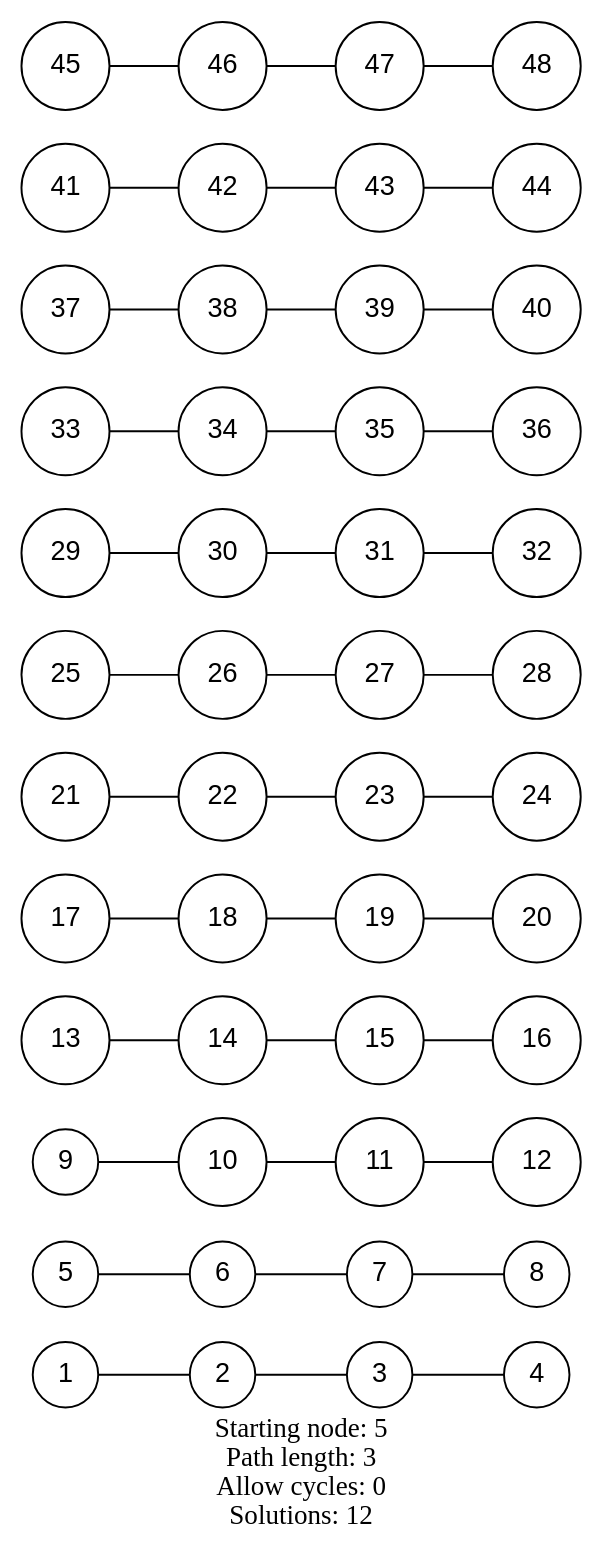
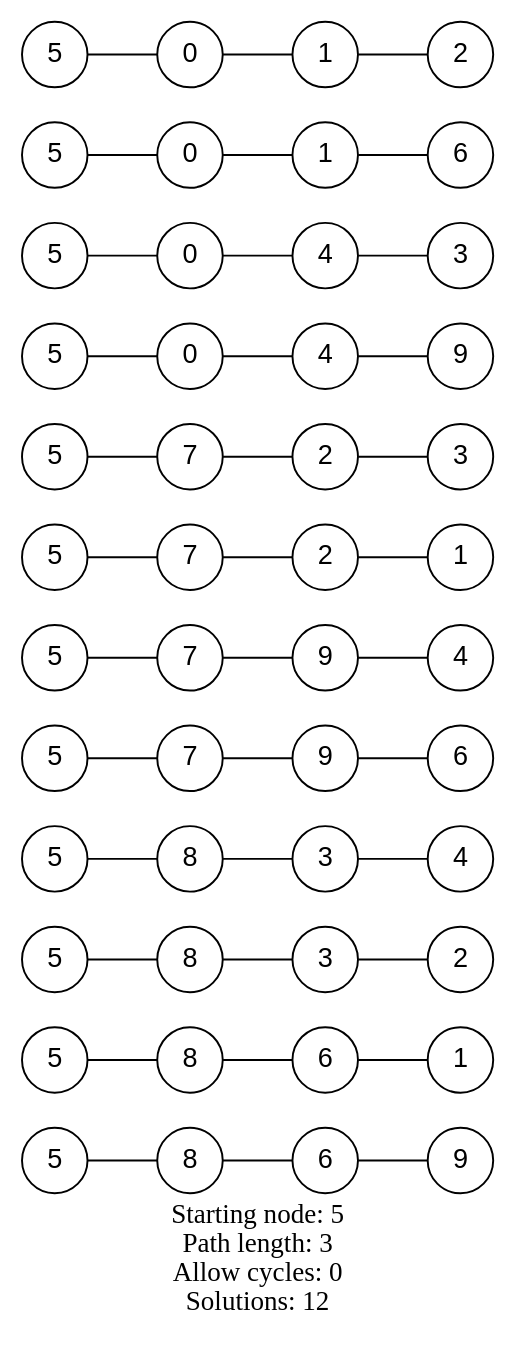
Before and after one commit to graphviz-perl/GraphViz2-Marpa-PathUtils: the diagram in data/02.fixed.paths.out.gv, drawn with Graphviz. The commit also changed 3 other files, not shown here.

```diff
--- a/data/02.fixed.paths.out.gv
+++ b/data/02.fixed.paths.out.gv
@@ -1,65 +1,65 @@
 graph Petersen
 {
 	graph [label = "Starting node: 5\nPath length: 3\nAllow cycles: 0\nSolutions: 12" rankdir = LR]
 
-	"1" [color = "black" fontname = "Arial" height = "0.400000" label = "\N" name = "1" shape = "circle" width = "0.400000"]
-	"2" [color = "black" fontname = "Arial" height = "0.400000" label = "\N" name = "2" shape = "circle" width = "0.400000"]
-	"3" [color = "black" fontname = "Arial" height = "0.400000" label = "\N" name = "3" shape = "circle" width = "0.400000"]
-	"4" [color = "black" fontname = "Arial" height = "0.400000" label = "\N" name = "4" shape = "circle" width = "0.400000"]
-	"5" [color = "black" fontname = "Arial" height = "0.400000" label = "\N" name = "5" shape = "circle" width = "0.400000"]
-	"6" [color = "black" fontname = "Arial" height = "0.400000" label = "\N" name = "6" shape = "circle" width = "0.400000"]
-	"7" [color = "black" fontname = "Arial" height = "0.400000" label = "\N" name = "7" shape = "circle" width = "0.400000"]
-	"8" [color = "black" fontname = "Arial" height = "0.400000" label = "\N" name = "8" shape = "circle" width = "0.400000"]
-	"9" [color = "black" fontname = "Arial" height = "0.400000" label = "\N" name = "9" shape = "circle" width = "0.400000"]
-	"10" [color = "black" fontname = "Arial" height = "0.400000" label = "\N" name = "10" shape = "circle" width = "0.400000"]
-	"11" [color = "black" fontname = "Arial" height = "0.400000" label = "\N" name = "11" shape = "circle" width = "0.400000"]
-	"12" [color = "black" fontname = "Arial" height = "0.400000" label = "\N" name = "12" shape = "circle" width = "0.400000"]
-	"13" [color = "black" fontname = "Arial" height = "0.400000" label = "\N" name = "13" shape = "circle" width = "0.400000"]
-	"14" [color = "black" fontname = "Arial" height = "0.400000" label = "\N" name = "14" shape = "circle" width = "0.400000"]
-	"15" [color = "black" fontname = "Arial" height = "0.400000" label = "\N" name = "15" shape = "circle" width = "0.400000"]
-	"16" [color = "black" fontname = "Arial" height = "0.400000" label = "\N" name = "16" shape = "circle" width = "0.400000"]
-	"17" [color = "black" fontname = "Arial" height = "0.400000" label = "\N" name = "17" shape = "circle" width = "0.400000"]
-	"18" [color = "black" fontname = "Arial" height = "0.400000" label = "\N" name = "18" shape = "circle" width = "0.400000"]
-	"19" [color = "black" fontname = "Arial" height = "0.400000" label = "\N" name = "19" shape = "circle" width = "0.400000"]
-	"20" [color = "black" fontname = "Arial" height = "0.400000" label = "\N" name = "20" shape = "circle" width = "0.400000"]
-	"21" [color = "black" fontname = "Arial" height = "0.400000" label = "\N" name = "21" shape = "circle" width = "0.400000"]
-	"22" [color = "black" fontname = "Arial" height = "0.400000" label = "\N" name = "22" shape = "circle" width = "0.400000"]
-	"23" [color = "black" fontname = "Arial" height = "0.400000" label = "\N" name = "23" shape = "circle" width = "0.400000"]
-	"24" [color = "black" fontname = "Arial" height = "0.400000" label = "\N" name = "24" shape = "circle" width = "0.400000"]
-	"25" [color = "black" fontname = "Arial" height = "0.400000" label = "\N" name = "25" shape = "circle" width = "0.400000"]
-	"26" [color = "black" fontname = "Arial" height = "0.400000" label = "\N" name = "26" shape = "circle" width = "0.400000"]
-	"27" [color = "black" fontname = "Arial" height = "0.400000" label = "\N" name = "27" shape = "circle" width = "0.400000"]
-	"28" [color = "black" fontname = "Arial" height = "0.400000" label = "\N" name = "28" shape = "circle" width = "0.400000"]
-	"29" [color = "black" fontname = "Arial" height = "0.400000" label = "\N" name = "29" shape = "circle" width = "0.400000"]
-	"30" [color = "black" fontname = "Arial" height = "0.400000" label = "\N" name = "30" shape = "circle" width = "0.400000"]
-	"31" [color = "black" fontname = "Arial" height = "0.400000" label = "\N" name = "31" shape = "circle" width = "0.400000"]
-	"32" [color = "black" fontname = "Arial" height = "0.400000" label = "\N" name = "32" shape = "circle" width = "0.400000"]
-	"33" [color = "black" fontname = "Arial" height = "0.400000" label = "\N" name = "33" shape = "circle" width = "0.400000"]
-	"34" [color = "black" fontname = "Arial" height = "0.400000" label = "\N" name = "34" shape = "circle" width = "0.400000"]
-	"35" [color = "black" fontname = "Arial" height = "0.400000" label = "\N" name = "35" shape = "circle" width = "0.400000"]
-	"36" [color = "black" fontname = "Arial" height = "0.400000" label = "\N" name = "36" shape = "circle" width = "0.400000"]
-	"37" [color = "black" fontname = "Arial" height = "0.400000" label = "\N" name = "37" shape = "circle" width = "0.400000"]
-	"38" [color = "black" fontname = "Arial" height = "0.400000" label = "\N" name = "38" shape = "circle" width = "0.400000"]
-	"39" [color = "black" fontname = "Arial" height = "0.400000" label = "\N" name = "39" shape = "circle" width = "0.400000"]
-	"40" [color = "black" fontname = "Arial" height = "0.400000" label = "\N" name = "40" shape = "circle" width = "0.400000"]
-	"41" [color = "black" fontname = "Arial" height = "0.400000" label = "\N" name = "41" shape = "circle" width = "0.400000"]
-	"42" [color = "black" fontname = "Arial" height = "0.400000" label = "\N" name = "42" shape = "circle" width = "0.400000"]
-	"43" [color = "black" fontname = "Arial" height = "0.400000" label = "\N" name = "43" shape = "circle" width = "0.400000"]
-	"44" [color = "black" fontname = "Arial" height = "0.400000" label = "\N" name = "44" shape = "circle" width = "0.400000"]
-	"45" [color = "black" fontname = "Arial" height = "0.400000" label = "\N" name = "45" shape = "circle" width = "0.400000"]
-	"46" [color = "black" fontname = "Arial" height = "0.400000" label = "\N" name = "46" shape = "circle" width = "0.400000"]
-	"47" [color = "black" fontname = "Arial" height = "0.400000" label = "\N" name = "47" shape = "circle" width = "0.400000"]
-	"48" [color = "black" fontname = "Arial" height = "0.400000" label = "\N" name = "48" shape = "circle" width = "0.400000"]
+	"1" [color = "black" fontname = "Arial" height = "0.400000" label = "5" name = "1" shape = "circle" width = "0.400000"]
+	"2" [color = "black" fontname = "Arial" height = "0.400000" label = "8" name = "2" shape = "circle" width = "0.400000"]
+	"3" [color = "black" fontname = "Arial" height = "0.400000" label = "6" name = "3" shape = "circle" width = "0.400000"]
+	"4" [color = "black" fontname = "Arial" height = "0.400000" label = "9" name = "4" shape = "circle" width = "0.400000"]
+	"5" [color = "black" fontname = "Arial" height = "0.400000" label = "5" name = "5" shape = "circle" width = "0.400000"]
+	"6" [color = "black" fontname = "Arial" height = "0.400000" label = "8" name = "6" shape = "circle" width = "0.400000"]
+	"7" [color = "black" fontname = "Arial" height = "0.400000" label = "6" name = "7" shape = "circle" width = "0.400000"]
+	"8" [color = "black" fontname = "Arial" height = "0.400000" label = "1" name = "8" shape = "circle" width = "0.400000"]
+	"9" [color = "black" fontname = "Arial" height = "0.400000" label = "5" name = "9" shape = "circle" width = "0.400000"]
+	"10" [color = "black" fontname = "Arial" height = "0.400000" label = "8" name = "10" shape = "circle" width = "0.400000"]
+	"11" [color = "black" fontname = "Arial" height = "0.400000" label = "3" name = "11" shape = "circle" width = "0.400000"]
+	"12" [color = "black" fontname = "Arial" height = "0.400000" label = "2" name = "12" shape = "circle" width = "0.400000"]
+	"13" [color = "black" fontname = "Arial" height = "0.400000" label = "5" name = "13" shape = "circle" width = "0.400000"]
+	"14" [color = "black" fontname = "Arial" height = "0.400000" label = "8" name = "14" shape = "circle" width = "0.400000"]
+	"15" [color = "black" fontname = "Arial" height = "0.400000" label = "3" name = "15" shape = "circle" width = "0.400000"]
+	"16" [color = "black" fontname = "Arial" height = "0.400000" label = "4" name = "16" shape = "circle" width = "0.400000"]
+	"17" [color = "black" fontname = "Arial" height = "0.400000" label = "5" name = "17" shape = "circle" width = "0.400000"]
+	"18" [color = "black" fontname = "Arial" height = "0.400000" label = "7" name = "18" shape = "circle" width = "0.400000"]
+	"19" [color = "black" fontname = "Arial" height = "0.400000" label = "9" name = "19" shape = "circle" width = "0.400000"]
+	"20" [color = "black" fontname = "Arial" height = "0.400000" label = "6" name = "20" shape = "circle" width = "0.400000"]
+	"21" [color = "black" fontname = "Arial" height = "0.400000" label = "5" name = "21" shape = "circle" width = "0.400000"]
+	"22" [color = "black" fontname = "Arial" height = "0.400000" label = "7" name = "22" shape = "circle" width = "0.400000"]
+	"23" [color = "black" fontname = "Arial" height = "0.400000" label = "9" name = "23" shape = "circle" width = "0.400000"]
+	"24" [color = "black" fontname = "Arial" height = "0.400000" label = "4" name = "24" shape = "circle" width = "0.400000"]
+	"25" [color = "black" fontname = "Arial" height = "0.400000" label = "5" name = "25" shape = "circle" width = "0.400000"]
+	"26" [color = "black" fontname = "Arial" height = "0.400000" label = "7" name = "26" shape = "circle" width = "0.400000"]
+	"27" [color = "black" fontname = "Arial" height = "0.400000" label = "2" name = "27" shape = "circle" width = "0.400000"]
+	"28" [color = "black" fontname = "Arial" height = "0.400000" label = "1" name = "28" shape = "circle" width = "0.400000"]
+	"29" [color = "black" fontname = "Arial" height = "0.400000" label = "5" name = "29" shape = "circle" width = "0.400000"]
+	"30" [color = "black" fontname = "Arial" height = "0.400000" label = "7" name = "30" shape = "circle" width = "0.400000"]
+	"31" [color = "black" fontname = "Arial" height = "0.400000" label = "2" name = "31" shape = "circle" width = "0.400000"]
+	"32" [color = "black" fontname = "Arial" height = "0.400000" label = "3" name = "32" shape = "circle" width = "0.400000"]
+	"33" [color = "black" fontname = "Arial" height = "0.400000" label = "5" name = "33" shape = "circle" width = "0.400000"]
+	"34" [color = "black" fontname = "Arial" height = "0.400000" label = "0" name = "34" shape = "circle" width = "0.400000"]
+	"35" [color = "black" fontname = "Arial" height = "0.400000" label = "4" name = "35" shape = "circle" width = "0.400000"]
+	"36" [color = "black" fontname = "Arial" height = "0.400000" label = "9" name = "36" shape = "circle" width = "0.400000"]
+	"37" [color = "black" fontname = "Arial" height = "0.400000" label = "5" name = "37" shape = "circle" width = "0.400000"]
+	"38" [color = "black" fontname = "Arial" height = "0.400000" label = "0" name = "38" shape = "circle" width = "0.400000"]
+	"39" [color = "black" fontname = "Arial" height = "0.400000" label = "4" name = "39" shape = "circle" width = "0.400000"]
+	"40" [color = "black" fontname = "Arial" height = "0.400000" label = "3" name = "40" shape = "circle" width = "0.400000"]
+	"41" [color = "black" fontname = "Arial" height = "0.400000" label = "5" name = "41" shape = "circle" width = "0.400000"]
+	"42" [color = "black" fontname = "Arial" height = "0.400000" label = "0" name = "42" shape = "circle" width = "0.400000"]
+	"43" [color = "black" fontname = "Arial" height = "0.400000" label = "1" name = "43" shape = "circle" width = "0.400000"]
+	"44" [color = "black" fontname = "Arial" height = "0.400000" label = "6" name = "44" shape = "circle" width = "0.400000"]
+	"45" [color = "black" fontname = "Arial" height = "0.400000" label = "5" name = "45" shape = "circle" width = "0.400000"]
+	"46" [color = "black" fontname = "Arial" height = "0.400000" label = "0" name = "46" shape = "circle" width = "0.400000"]
+	"47" [color = "black" fontname = "Arial" height = "0.400000" label = "1" name = "47" shape = "circle" width = "0.400000"]
+	"48" [color = "black" fontname = "Arial" height = "0.400000" label = "2" name = "48" shape = "circle" width = "0.400000"]
 	"1" -- "2" -- "3" -- "4";
 	"5" -- "6" -- "7" -- "8";
 	"9" -- "10" -- "11" -- "12";
 	"13" -- "14" -- "15" -- "16";
 	"17" -- "18" -- "19" -- "20";
 	"21" -- "22" -- "23" -- "24";
 	"25" -- "26" -- "27" -- "28";
 	"29" -- "30" -- "31" -- "32";
 	"33" -- "34" -- "35" -- "36";
 	"37" -- "38" -- "39" -- "40";
 	"41" -- "42" -- "43" -- "44";
 	"45" -- "46" -- "47" -- "48";
 }
```
